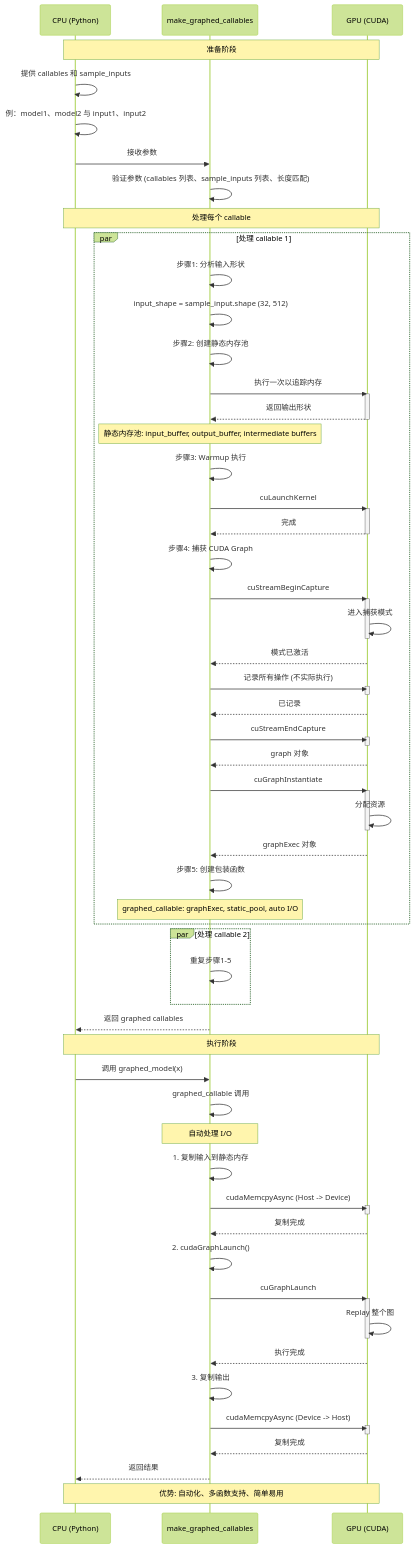
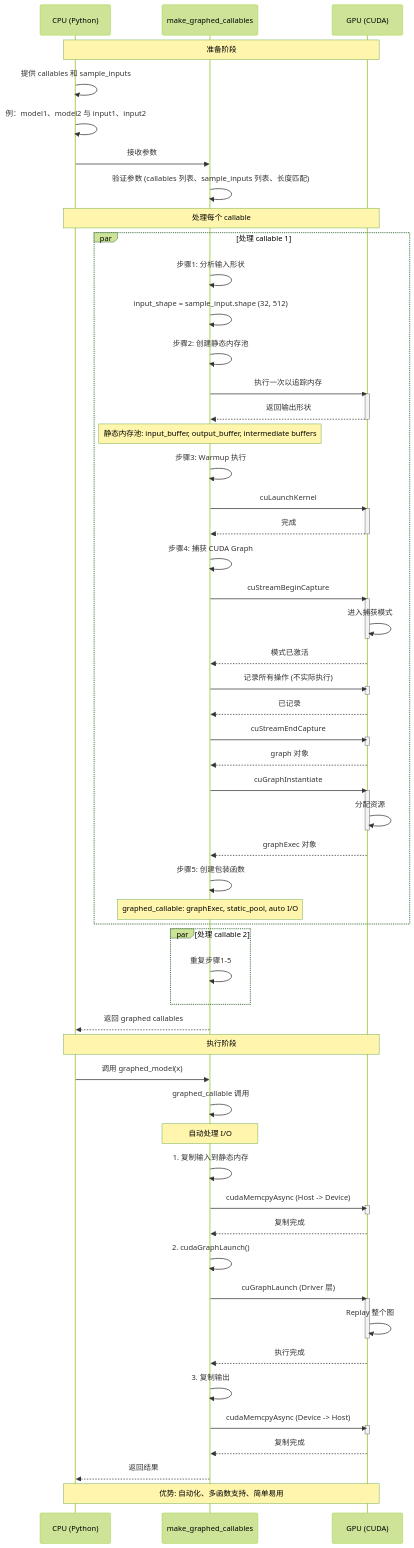
Before and after one commit to suhaibo666/llm-knowledge: the fourth of 4 diagrams in wiki/02_engineering/01_ai_frameworks/06_graphs/cuda/PyTorch_CUDA_Graphs_Complete_Guide.md, drawn with Mermaid (forest theme). The commit also changed other lines of this file, not shown here.

First line of the commit message:
docs(graphs): fix mermaid activate balance and mislabeled optimization-ladder scope

```diff
--- a/wiki/02_engineering/01_ai_frameworks/06_graphs/cuda/PyTorch_CUDA_Graphs_Complete_Guide.md
+++ b/wiki/02_engineering/01_ai_frameworks/06_graphs/cuda/PyTorch_CUDA_Graphs_Complete_Guide.md
@@ -1304,7 +1305,7 @@
     GPU-->>API: 复制完成
     
     API->>API: 2. cudaGraphLaunch()
-    API->>GPU: cuGraphLaunch
+    API->>GPU: cuGraphLaunch (Driver 层)
     activate GPU
     GPU->>GPU: Replay 整个图
     deactivate GPU
```
